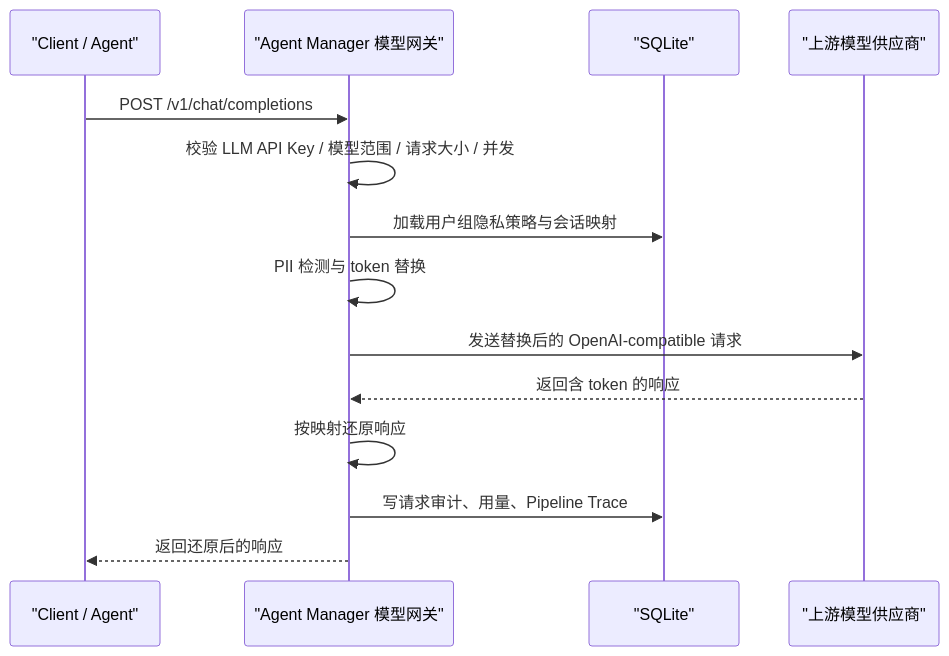
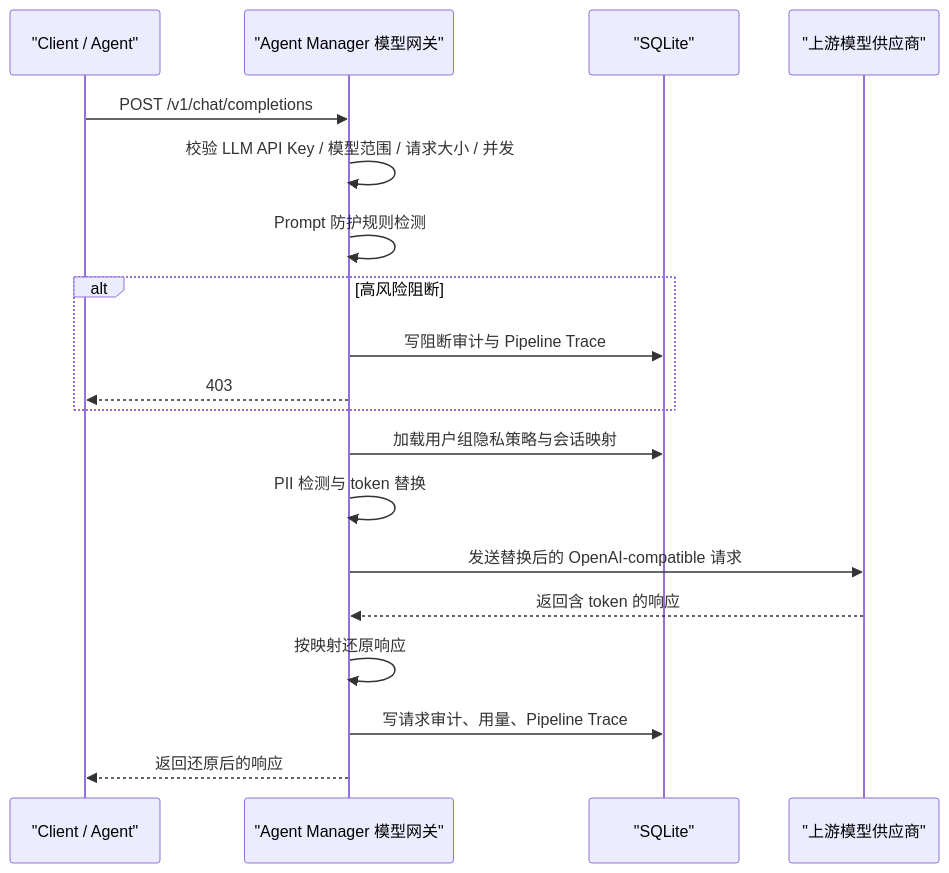
Before and after one commit to HuangLuGuang/skill-manager: the diagram in docs/model-gateway.md, drawn with Mermaid. The commit also changed other lines of this file and 13 other files, not shown here.

````diff
--- a/docs/model-gateway.md
+++ b/docs/model-gateway.md
@@ -25,17 +26,22 @@
 ```mermaid
 sequenceDiagram
     participant Client as "Client / Agent"
     participant GW as "Agent Manager 模型网关"
     participant DB as "SQLite"
     participant LLM as "上游模型供应商"
 
     Client->>GW: POST /v1/chat/completions
     GW->>GW: 校验 LLM API Key / 模型范围 / 请求大小 / 并发
+    GW->>GW: Prompt 防护规则检测
+    alt 高风险阻断
+        GW->>DB: 写阻断审计与 Pipeline Trace
+        GW-->>Client: 403
+    end
     GW->>DB: 加载用户组隐私策略与会话映射
     GW->>GW: PII 检测与 token 替换
     GW->>LLM: 发送替换后的 OpenAI-compatible 请求
     LLM-->>GW: 返回含 token 的响应
     GW->>GW: 按映射还原响应
     GW->>DB: 写请求审计、用量、Pipeline Trace
     GW-->>Client: 返回还原后的响应
 ```
````
